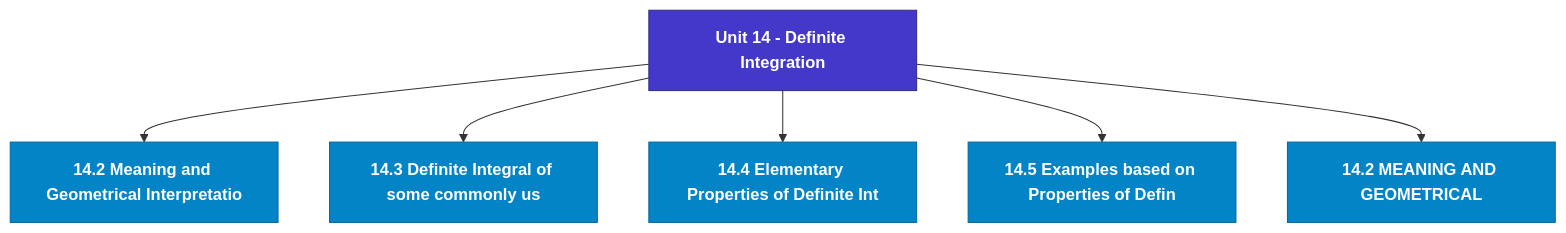
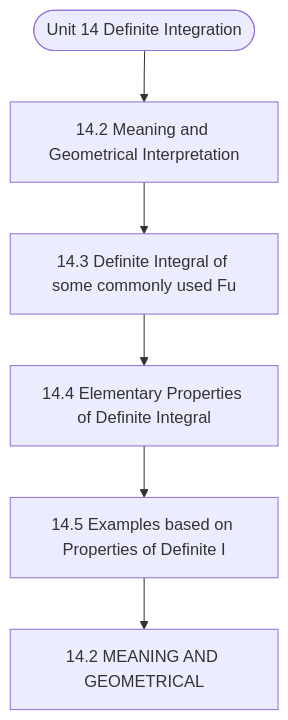
Before and after one commit to Asutosh-Coaching/mscdsa: the diagram in notes/Semester_1/MCS-061_Mathematical_Foundations_-_I/unit_14_Definite_Integration.md, drawn with Mermaid. The commit also changed other lines of this file and 115 other files, not shown here.

Commit message:
Fix Mermaid layout for mobile, isolate LaTeX delimiters, and add GitHub Pages reader

````diff
--- a/notes/Semester_1/MCS-061_Mathematical_Foundations_-_I/unit_14_Definite_Integration.md
+++ b/notes/Semester_1/MCS-061_Mathematical_Foundations_-_I/unit_14_Definite_Integration.md
@@ -19,19 +19,14 @@
 ```mermaid
 flowchart TD
-  %% Styling Definitions
-  classDef head fill:#4338ca,stroke:#312e81,color:#ffffff,font-weight:bold;
-  classDef topic fill:#0284c7,stroke:#0369a1,color:#ffffff,font-weight:600;
-  classDef sub fill:#1e293b,stroke:#475569,color:#f8fafc;
-
-  Root["Unit 14 - Definite Integration"]:::head
-  M1["14.2 Meaning and Geometrical Interpretatio"]:::topic
-  Root --> M1
-  M2["14.3 Definite Integral of some commonly us"]:::topic
-  Root --> M2
-  M3["14.4 Elementary Properties of Definite Int"]:::topic
-  Root --> M3
-  M4["14.5 Examples based on Properties of Defin"]:::topic
-  Root --> M4
-  M5["14.2 MEANING AND GEOMETRICAL"]:::topic
-  Root --> M5
+  Start(["Unit 14 Definite Integration"])
+  N1["14.2 Meaning and Geometrical Interpretation"]
+  N2["14.3 Definite Integral of some commonly used Fu"]
+  N3["14.4 Elementary Properties of Definite Integral"]
+  N4["14.5 Examples based on Properties of Definite I"]
+  N5["14.2 MEANING AND GEOMETRICAL"]
+  Start --> N1
+  N1 --> N2
+  N2 --> N3
+  N3 --> N4
+  N4 --> N5
 ```
````
